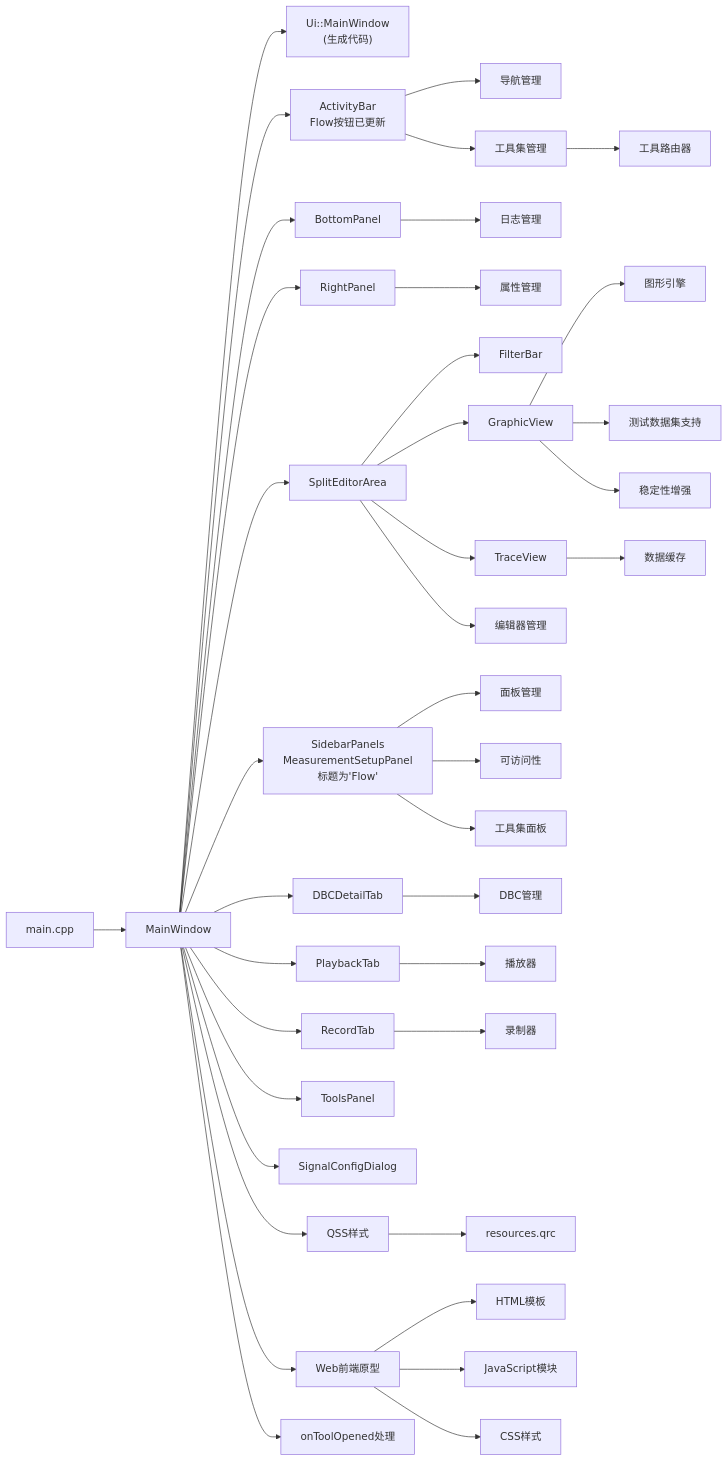
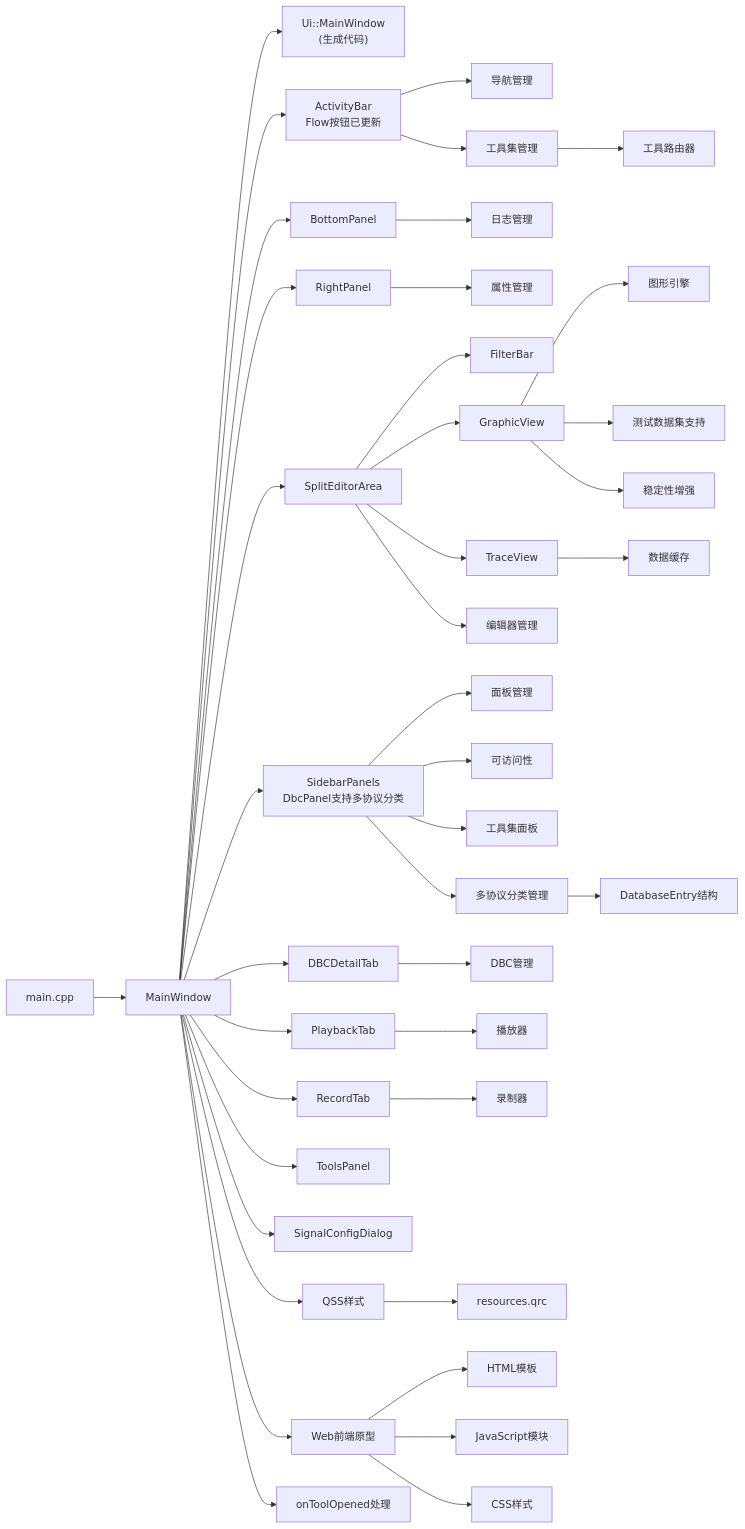
Diagram 20 of 20 in .qoder/repowiki/zh/content/架构设计/UI系统设计/UI系统设计.md (jakecai1225-design/OpenBus), drawn with Mermaid before and after one commit. The commit also changed other lines of this file and 223 other files, not shown here.

````diff
--- a/.qoder/repowiki/zh/content/架构设计/UI系统设计/UI系统设计.md
+++ b/.qoder/repowiki/zh/content/架构设计/UI系统设计/UI系统设计.md
@@ -1217,41 +1283,43 @@
 ```mermaid
 graph LR
 Main["main.cpp"] --> MW["MainWindow"]
 MW --> UI["Ui::MainWindow<br/>(生成代码)"]
 MW --> AB["ActivityBar<br/>Flow按钮已更新"]
 MW --> BP["BottomPanel"]
 MW --> RP["RightPanel"]
 MW --> SEA["SplitEditorArea"]
-MW --> SBP["SidebarPanels<br/>MeasurementSetupPanel标题为'Flow'"]
+MW --> SBP["SidebarPanels<br/>DbcPanel支持多协议分类"]
 MW --> DBCT["DBCDetailTab"]
 MW --> PB["PlaybackTab"]
 MW --> RT["RecordTab"]
 MW --> TP["ToolsPanel"]
 SEA --> FB["FilterBar"]
 SEA --> GV["GraphicView"]
 SEA --> TV["TraceView"]
 MW --> SCD["SignalConfigDialog"]
 MW --> QSS["QSS样式"]
 QSS --> QRC["resources.qrc"]
 AB --> Navigation["导航管理"]
 BP --> Logging["日志管理"]
 RP --> Properties["属性管理"]
 SEA --> Editors["编辑器管理"]
 SBP --> Panels["面板管理"]
 DBCT --> DBC["DBC管理"]
 PB --> Player["播放器"]
 RT --> Recorder["录制器"]
 MW --> Web["Web前端原型"]
 Web --> HTML["HTML模板"]
 Web --> JS["JavaScript模块"]
 Web --> CSS["CSS样式"]
 GV --> Graphics["图形引擎"]
 GV --> TestData["测试数据集支持"]
 TV --> DataCache["数据缓存"]
 SBP --> Accessibility["可访问性"]
 GV --> Stability["稳定性增强"]
 AB --> Tools["工具集管理"]
 SBP --> ToolsPanel["工具集面板"]
 Tools --> ToolRouter["工具路由器"]
 MW --> ToolHandler["onToolOpened处理"]
+SBP --> MultiProtocol["多协议分类管理"]
+MultiProtocol --> DatabaseEntry["DatabaseEntry结构"]
 ```
````
